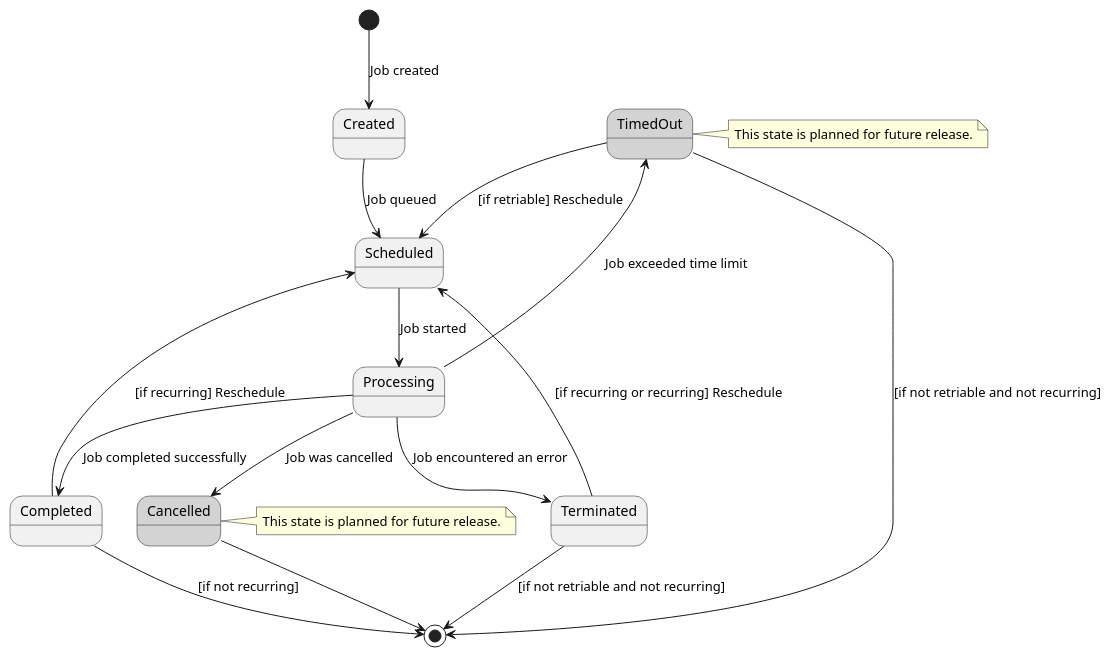
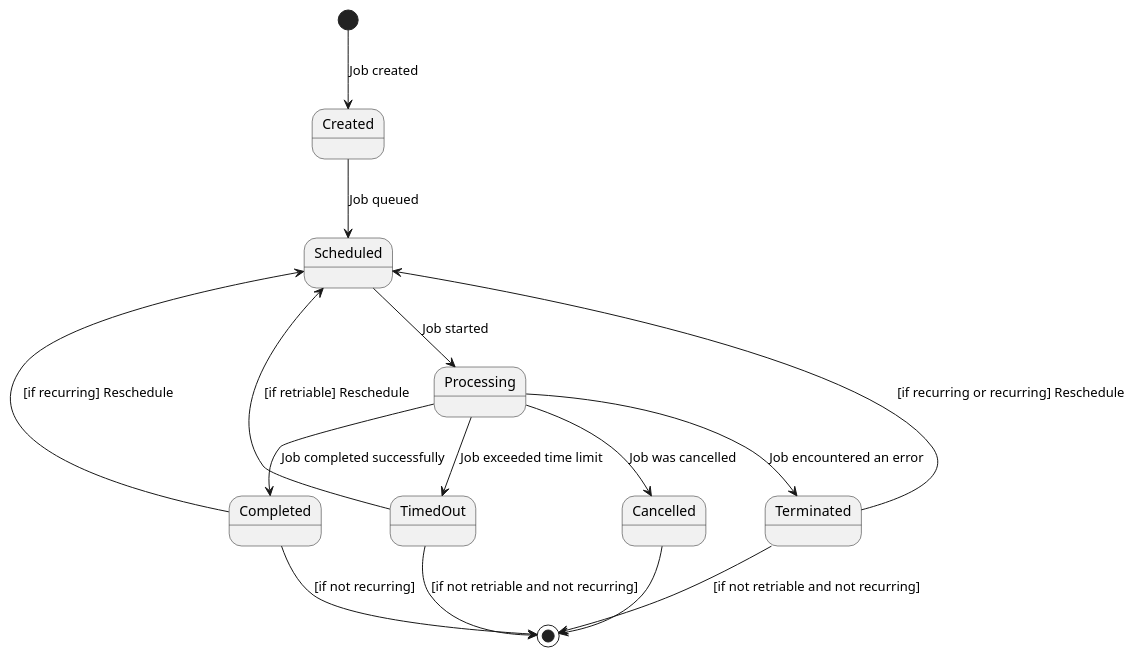
The diagram in doc/img/job-state.pu (cybergarage/go-job), drawn with PlantUML before and after one commit. The commit also changed 1 other file, not shown here.

```diff
--- a/doc/img/job-state.pu
+++ b/doc/img/job-state.pu
@@ -1,29 +1,19 @@
 @startuml
 [*] --> Created : Job created
-
-state Cancelled #LightGray
-note right of Cancelled
-  This state is planned for future release.
-end note
-
-state TimedOut #LightGray
-note right of TimedOut
-  This state is planned for future release.
-end note
 
 Created --> Scheduled : Job queued
 Scheduled --> Processing : Job started
 Processing --> Completed : Job completed successfully
 Processing --> Terminated : Job encountered an error
 Terminated --> Scheduled : [if recurring or recurring] Reschedule
 Completed --> Scheduled : [if recurring] Reschedule
 Terminated --> [*] : [if not retriable and not recurring]
 Completed --> [*] : [if not recurring]
 
 Processing --> Cancelled : Job was cancelled
 Cancelled --> [*]
 Processing --> TimedOut : Job exceeded time limit
 TimedOut --> Scheduled : [if retriable] Reschedule
 TimedOut --> [*] : [if not retriable and not recurring]
 
 @enduml
```
